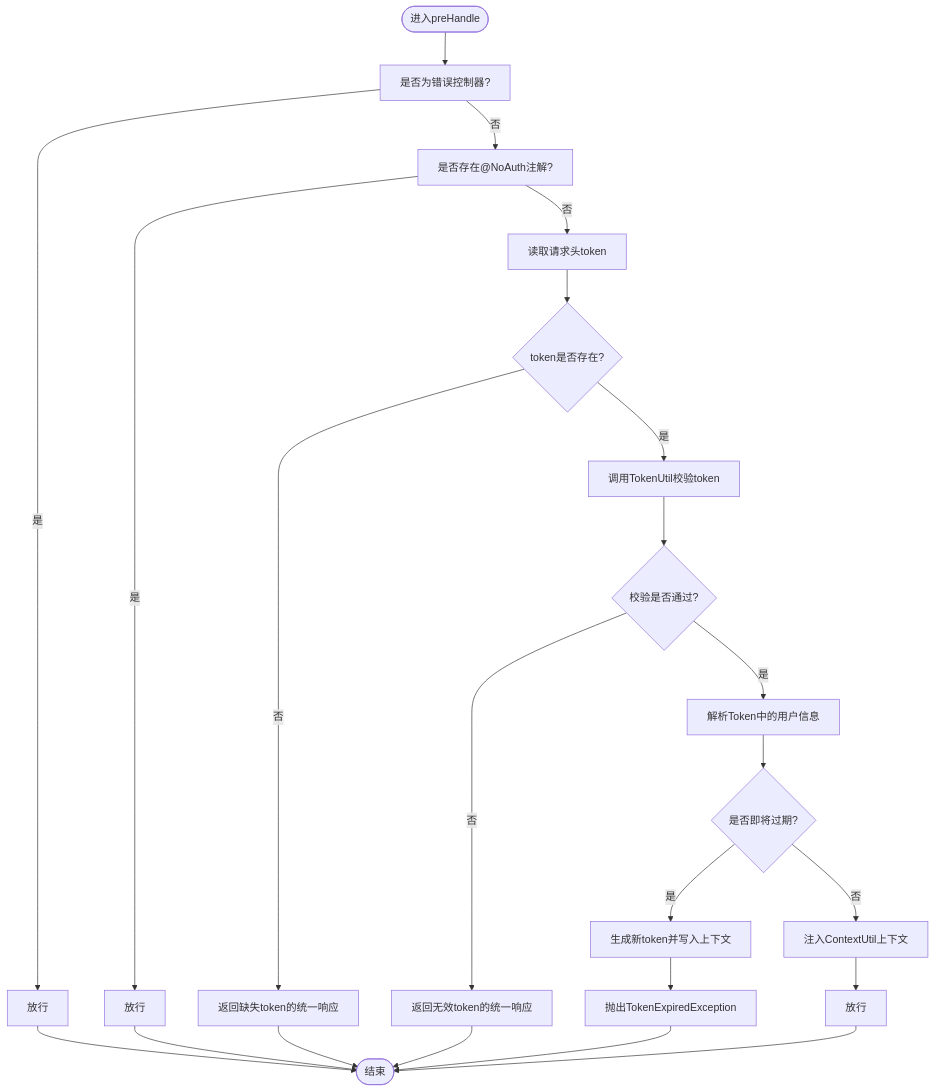
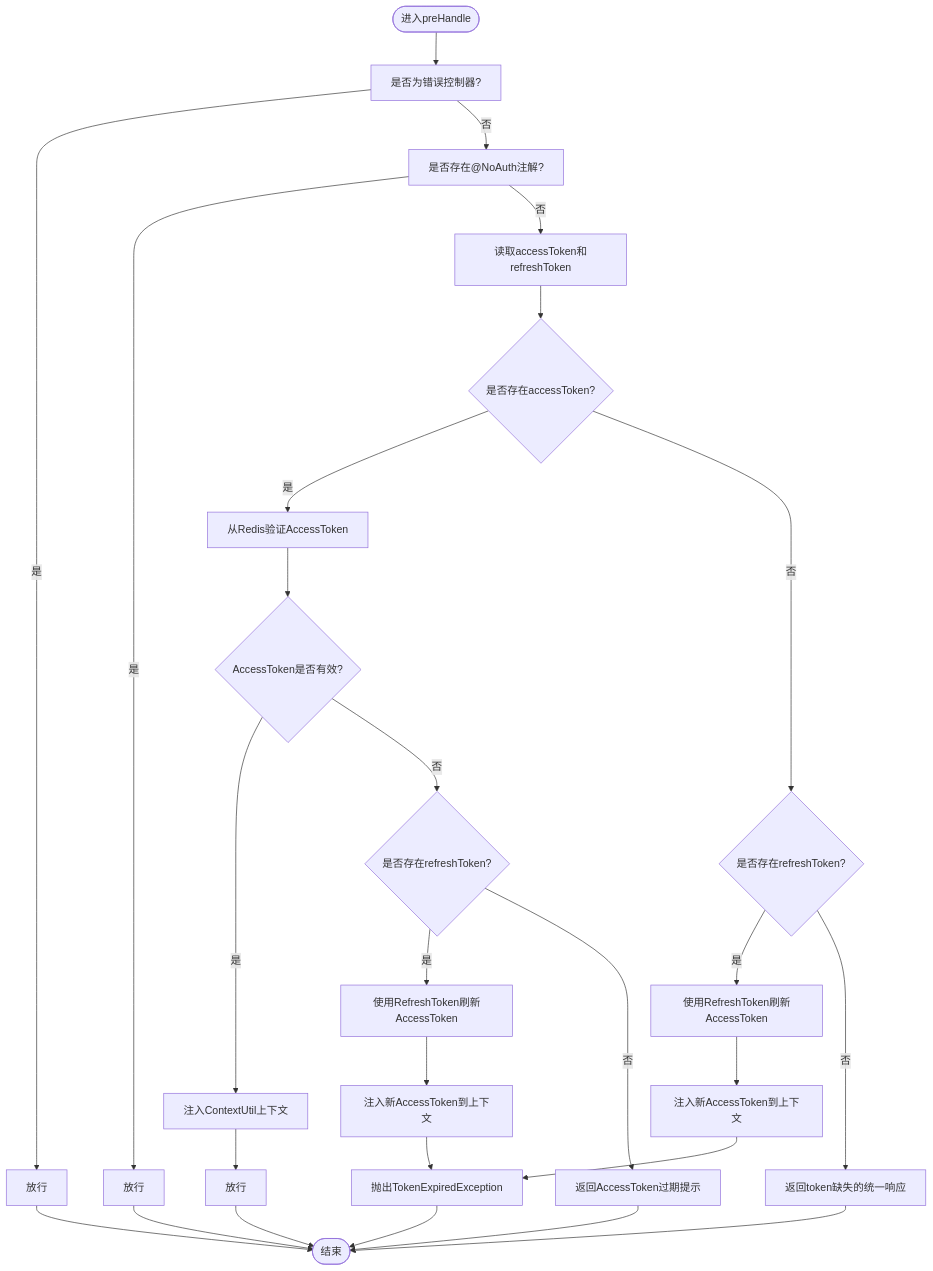
One commit to liftp/chat_simple changed the third of 4 diagrams in .qoder/repowiki/zh/content/配置管理/拦截器配置.md. Above: the diagram before and after it, drawn with Mermaid. The commit also changed other lines of this file and 6 other files, not shown here.

````diff
--- a/.qoder/repowiki/zh/content/配置管理/拦截器配置.md
+++ b/.qoder/repowiki/zh/content/配置管理/拦截器配置.md
@@ -179,25 +189,29 @@
 ```mermaid
 flowchart TD
 Start(["进入preHandle"]) --> CheckErr["是否为错误控制器?"]
 CheckErr --> |是| AllowErr["放行"]
 CheckErr --> |否| CheckNoAuth["是否存在@NoAuth注解?"]
 CheckNoAuth --> |是| AllowNoAuth["放行"]
-CheckNoAuth --> |否| ReadToken["读取请求头token"]
-ReadToken --> HasToken{"token是否存在?"}
-HasToken --> |否| RespMissing["返回缺失token的统一响应"]
-HasToken --> |是| Verify["调用TokenUtil校验token"]
-Verify --> Valid{"校验是否通过?"}
-Valid --> |否| RespInvalid["返回无效token的统一响应"]
-Valid --> |是| Parse["解析Token中的用户信息"]
-Parse --> Expired{"是否即将过期?"}
-Expired --> |是| Renew["生成新token并写入上下文"]
-Renew --> ThrowEx["抛出TokenExpiredException"]
-Expired --> |否| Inject["注入ContextUtil上下文"]
+CheckNoAuth --> |否| ReadTokens["读取accessToken和refreshToken"]
+ReadTokens --> HasAccessToken{"是否存在accessToken?"}
+HasAccessToken --> |是| VerifyAccess["从Redis验证AccessToken"]
+VerifyAccess --> AccessValid{"AccessToken是否有效?"}
+AccessValid --> |是| Inject["注入ContextUtil上下文"]
 Inject --> Done["放行"]
-RespMissing --> End(["结束"])
-RespInvalid --> End
+AccessValid --> |否| HasRefreshToken{"是否存在refreshToken?"}
+HasRefreshToken --> |是| Refresh["使用RefreshToken刷新AccessToken"]
+Refresh --> InjectRefresh["注入新AccessToken到上下文"]
+InjectRefresh --> ThrowEx["抛出TokenExpiredException"]
+HasRefreshToken --> |否| RespAccessExpire["返回AccessToken过期提示"]
+HasAccessToken --> |否| HasRefreshToken2{"是否存在refreshToken?"}
+HasRefreshToken2 --> |是| Refresh2["使用RefreshToken刷新AccessToken"]
+Refresh2 --> InjectRefresh2["注入新AccessToken到上下文"]
+InjectRefresh2 --> ThrowEx
+HasRefreshToken2 --> |否| RespMissing["返回token缺失的统一响应"]
+RespAccessExpire --> End(["结束"])
+RespMissing --> End
 AllowErr --> End
 AllowNoAuth --> End
 ThrowEx --> End
 Done --> End
 ```
````
